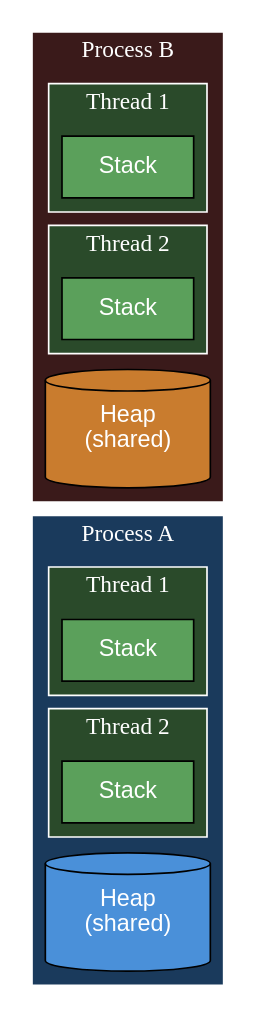
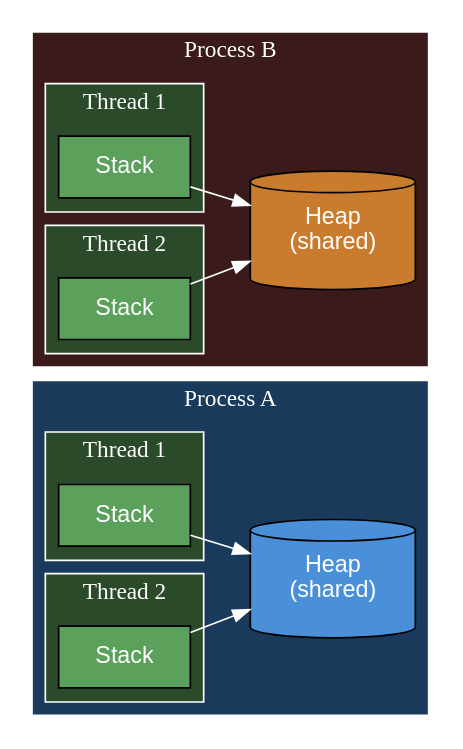
One commit to symentispl/java-concurrency-primer changed the second of 2 diagrams in slides/src/main/slides/index.adoc. Above: the diagram before and after it, drawn with Graphviz. The commit also changed other lines of this file, not shown here.

Commit message:
fix: improve Threads slide and Processes vs Threads diagram clarity

```diff
--- a/slides/src/main/slides/index.adoc
+++ b/slides/src/main/slides/index.adoc
@@ -82,63 +82,69 @@
 [graphviz]
 ----
 digraph mem {
     rankdir=LR
     compound=true
     node [shape=rect, style=filled, fontname="sans-serif", margin="0.3,0.15"]
     edge [color=white]
 
     subgraph cluster_p1 {
         label="Process A"
         style=filled
         fillcolor="#1a3a5c"
         fontcolor=white
         color=white
 
         H1 [label="Heap\n(shared)", fillcolor="#4a90d9", fontcolor=white, shape=cylinder]
 
         subgraph cluster_t1 {
             label="Thread 1"
             style=filled
             fillcolor="#2a4a2a"
             color=white
             fontcolor=white
             S1 [label="Stack", fillcolor="#5ba05b", fontcolor=white]
         }
         subgraph cluster_t2 {
             label="Thread 2"
             style=filled
             fillcolor="#2a4a2a"
             color=white
             fontcolor=white
             S2 [label="Stack", fillcolor="#5ba05b", fontcolor=white]
         }
+
+        S1 -> H1
+        S2 -> H1
     }
 
     subgraph cluster_p2 {
         label="Process B"
         style=filled
         fillcolor="#3a1a1a"
         fontcolor=white
         color=white
 
         H2 [label="Heap\n(shared)", fillcolor="#c97c2e", fontcolor=white, shape=cylinder]
 
         subgraph cluster_t3 {
             label="Thread 1"
             style=filled
             fillcolor="#2a4a2a"
             color=white
             fontcolor=white
             S3 [label="Stack", fillcolor="#5ba05b", fontcolor=white]
         }
         subgraph cluster_t4 {
             label="Thread 2"
             style=filled
             fillcolor="#2a4a2a"
             color=white
             fontcolor=white
             S4 [label="Stack", fillcolor="#5ba05b", fontcolor=white]
         }
+
+        S3 -> H2
+        S4 -> H2
     }
 }
 ----
```
